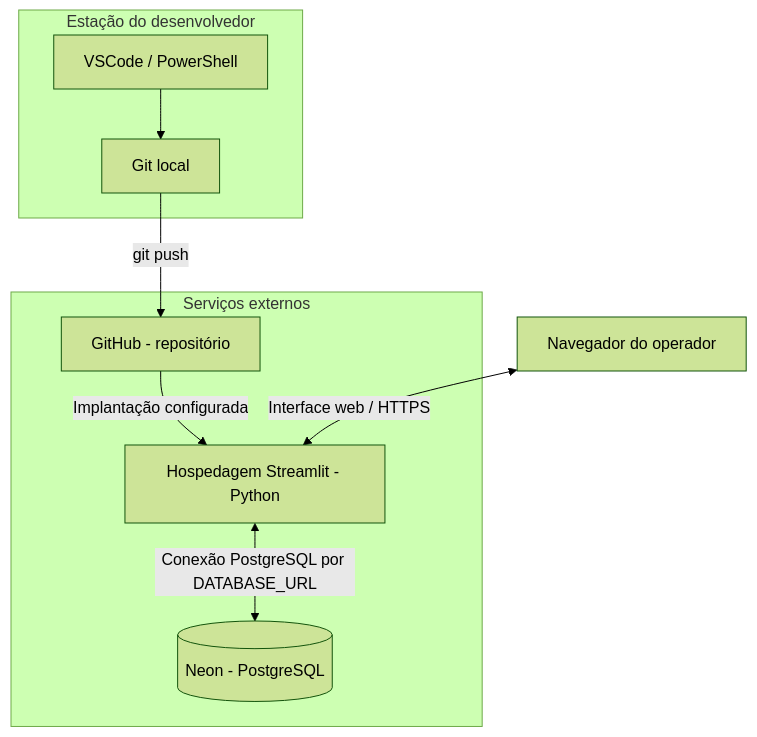
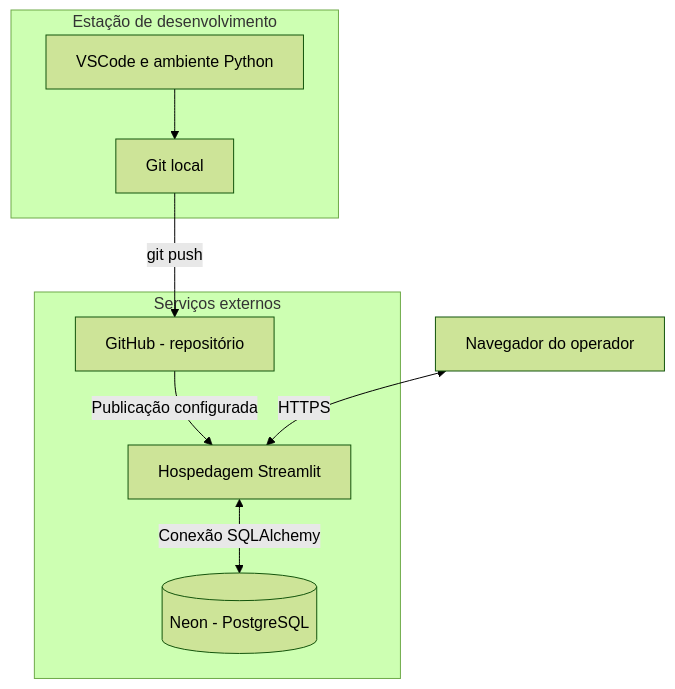
The diagram in docs/diagramas/implantacao.md (felpontes98/faeg-logistica-app), drawn with Mermaid (forest theme) before and after one commit. The commit also changed other lines of this file and 21 other files, not shown here.

Commit message:
Docs: auditoria final, correcao dos diagramas e preparacao para banca

````diff
--- a/docs/diagramas/implantacao.md
+++ b/docs/diagramas/implantacao.md
@@ -3,18 +3,18 @@
 ```mermaid
 flowchart TB
-    subgraph DEV["Estação do desenvolvedor"]
-        VSC[VSCode / PowerShell]
-        GIT[Git local]
+    subgraph DEV["Estação de desenvolvimento"]
+        IDE["VSCode e ambiente Python"]
+        GIT["Git local"]
     end
-    subgraph NUVEM["Serviços externos"]
-        GITHUB[GitHub - repositório]
-        HOST[Hospedagem Streamlit - Python]
-        NEON[(Neon - PostgreSQL)]
+    subgraph CLOUD["Serviços externos"]
+        GH["GitHub - repositório"]
+        ST["Hospedagem Streamlit"]
+        DB[("Neon - PostgreSQL")]
     end
-    OP[Navegador do operador]
-    VSC --> GIT
-    GIT -->|git push| GITHUB
-    GITHUB -->|Implantação configurada| HOST
-    OP <-->|Interface web / HTTPS| HOST
-    HOST <-->|Conexão PostgreSQL por DATABASE_URL| NEON
+    USER["Navegador do operador"]
+    IDE --> GIT
+    GIT -->|"git push"| GH
+    GH -->|"Publicação configurada"| ST
+    USER <-->|"HTTPS"| ST
+    ST <-->|"Conexão SQLAlchemy"| DB
 ```
````
